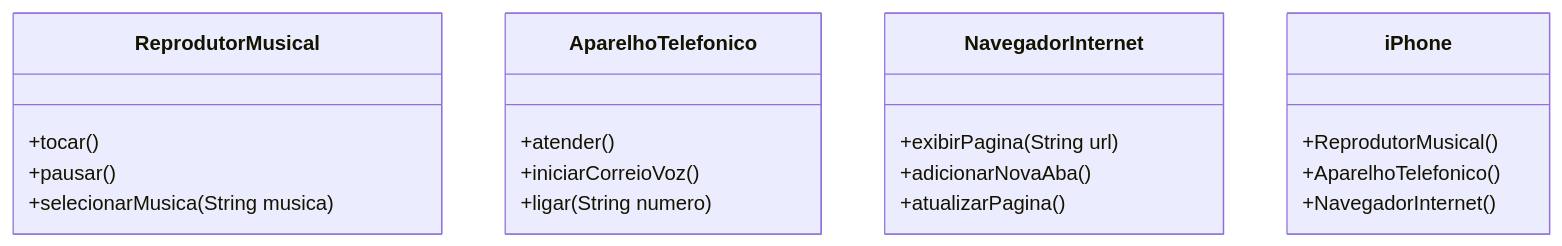
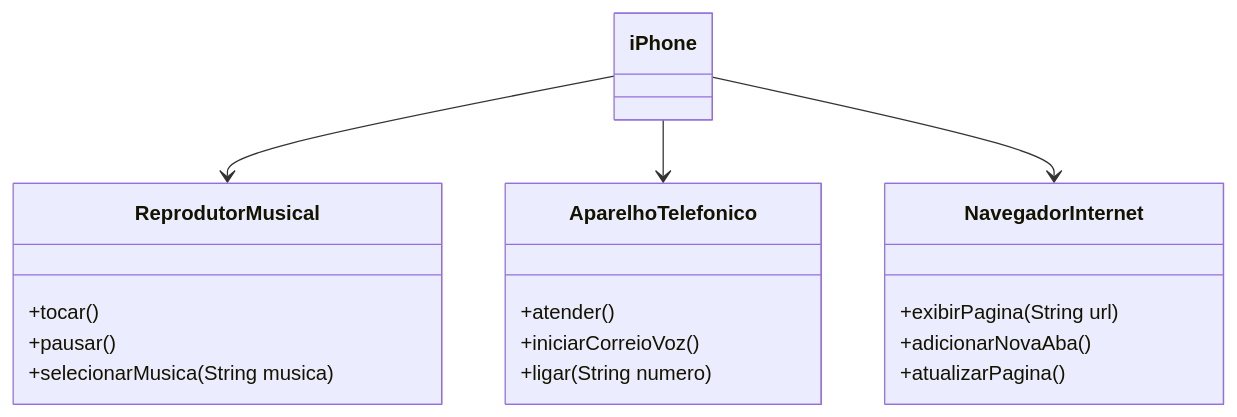
Before and after one commit to VLSexe/edu-phone: the diagram in README.md, drawn with Mermaid.

Commit message:
Update Readme uml

````diff
--- a/README.md
+++ b/README.md
@@ -2,26 +2,27 @@
 ```mermaid
 classDiagram
     class ReprodutorMusical {
         +tocar()
         +pausar()
         +selecionarMusica(String musica)
     }
 
     class AparelhoTelefonico {
         +atender()
         +iniciarCorreioVoz()
         +ligar(String numero)
     }
 
     class NavegadorInternet {
         +exibirPagina(String url)
         +adicionarNovaAba()
         +atualizarPagina()
     }
 
     class iPhone {
-        +ReprodutorMusical()
-        +AparelhoTelefonico()
-        +NavegadorInternet()
     }
+
+    iPhone --> ReprodutorMusical
+    iPhone --> AparelhoTelefonico
+    iPhone --> NavegadorInternet
 ```
````
